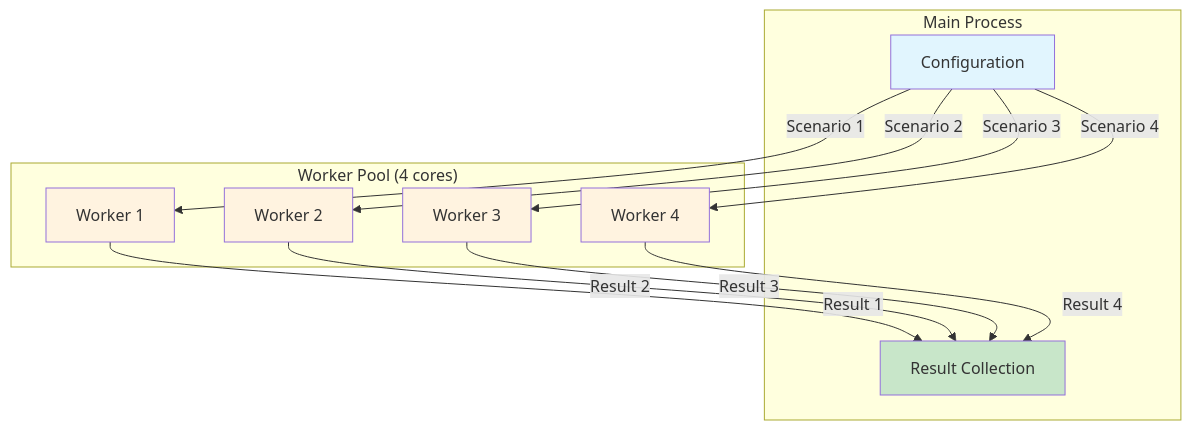
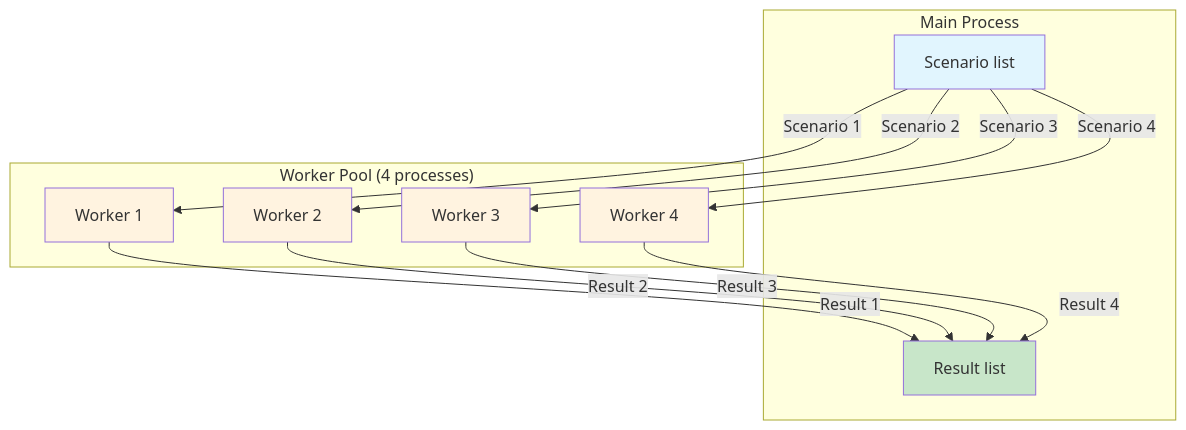
The diagram in docs/en/examples/parallel_simulation.md (dgaida/PyADM1ODE), drawn with Mermaid before and after one commit. The commit also changed other lines of this file and 181 other files, not shown here.

````diff
--- a/docs/en/examples/parallel_simulation.md
+++ b/docs/en/examples/parallel_simulation.md
@@ -16,31 +19,31 @@
 ```mermaid
 graph TB
     subgraph "Main Process"
-        Config[Configuration]
-        Results[Result Collection]
+        Config[Scenario list]
+        Results[Result list]
     end
 
-    subgraph "Worker Pool (4 cores)"
+    subgraph "Worker Pool (4 processes)"
         W1[Worker 1]
         W2[Worker 2]
         W3[Worker 3]
         W4[Worker 4]
     end
 
     Config -->|Scenario 1| W1
     Config -->|Scenario 2| W2
     Config -->|Scenario 3| W3
     Config -->|Scenario 4| W4
 
     W1 -->|Result 1| Results
     W2 -->|Result 2| Results
     W3 -->|Result 3| Results
     W4 -->|Result 4| Results
 
     style Config fill:#e1f5fe
     style Results fill:#c8e6c9
     style W1 fill:#fff3e0
     style W2 fill:#fff3e0
     style W3 fill:#fff3e0
     style W4 fill:#fff3e0
 ```
````
